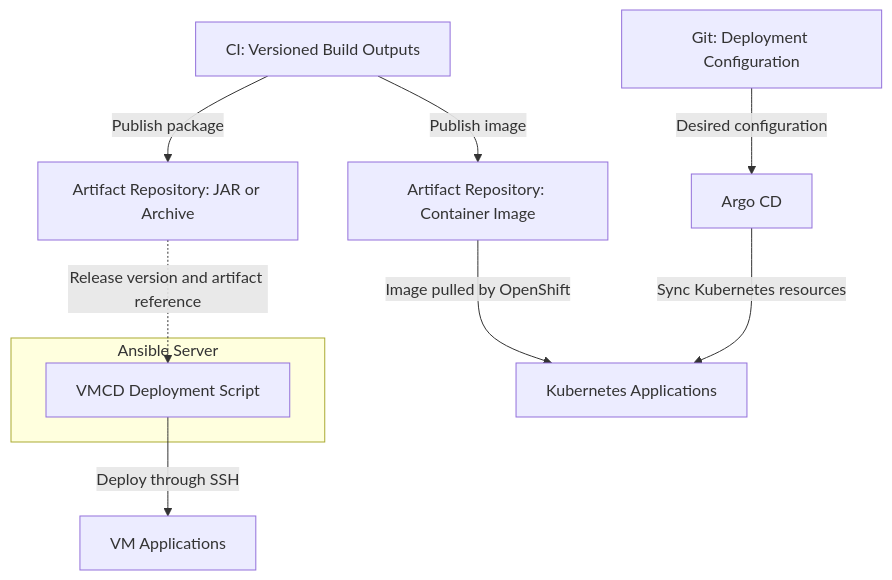
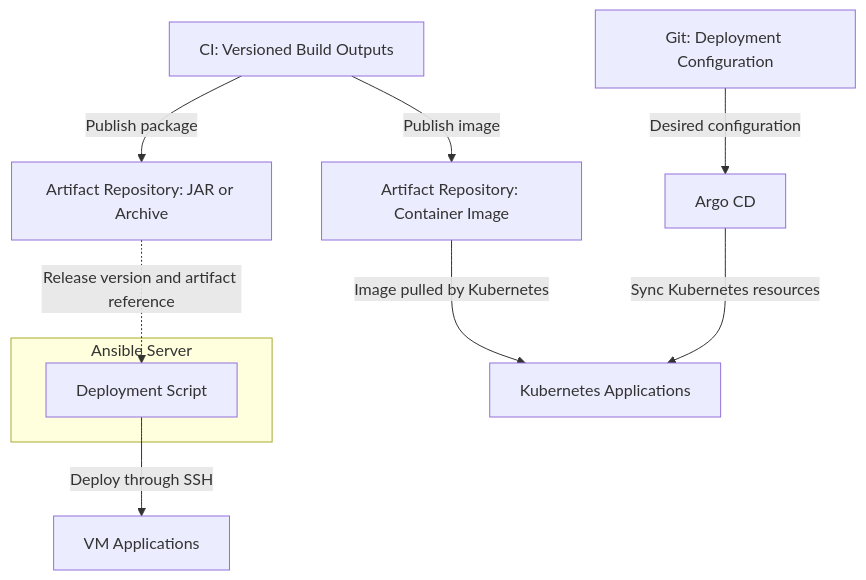
One commit to C-niiffk/CNK changed the diagram in JOURNAL/2026/10/DAILY/2026-10-24.md. Above: the diagram before and after it, drawn with Mermaid.

Commit message:
2026-10-24

````diff
--- a/JOURNAL/2026/10/DAILY/2026-10-24.md
+++ b/JOURNAL/2026/10/DAILY/2026-10-24.md
@@ -9,22 +9,22 @@
 ```mermaid
 flowchart TB
   CI["CI: Versioned Build Outputs"]
   REG["Artifact Repository: Container Image"]
   ART["Artifact Repository: JAR or Archive"]
   GIT["Git: Deployment Configuration"]
   ARGO["Argo CD"]
   OCP["Kubernetes Applications"]
   VM["VM Applications"]
 
   subgraph HOST["Ansible Server"]
-    VMCD["VMCD Deployment Script"]
+    VMCD["Deployment Script"]
   end
 
   CI -->|"Publish image"| REG
   CI -->|"Publish package"| ART
   GIT -->|"Desired configuration"| ARGO
   ARGO -->|"Sync Kubernetes resources"| OCP
-  REG -->|"Image pulled by OpenShift"| OCP
+  REG -->|"Image pulled by Kubernetes"| OCP
   ART -.->|"Release version and artifact reference"| VMCD
   VMCD -->|"Deploy through SSH"| VM
 ```
````
